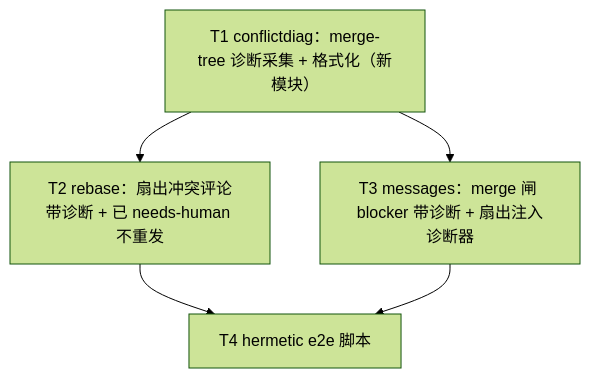
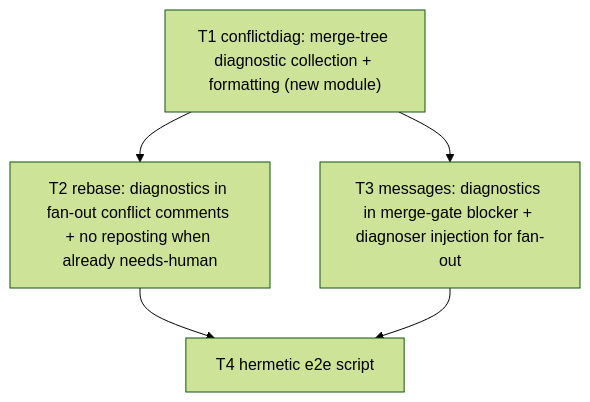
The diagram in docs/specs/0034-conflict-notification-diagnostics.md (Curry09/OpenAgents), drawn with Mermaid (forest theme) before and after one commit. The commit also changed other lines of this file and 461 other files, not shown here.

````diff
--- a/docs/specs/0034-conflict-notification-diagnostics.md
+++ b/docs/specs/0034-conflict-notification-diagnostics.md
@@ -256,11 +255,11 @@
 ```mermaid
 graph TD
-  T1["T1 conflictdiag：merge-tree 诊断采集 + 格式化（新模块）"]
-  T2["T2 rebase：扇出冲突评论带诊断 + 已 needs-human 不重发"]
-  T3["T3 messages：merge 闸 blocker 带诊断 + 扇出注入诊断器"]
-  T4["T4 hermetic e2e 脚本"]
+  T1["T1 conflictdiag: merge-tree diagnostic collection + formatting (new module)"]
+  T2["T2 rebase: diagnostics in fan-out conflict comments + no reposting when already needs-human"]
+  T3["T3 messages: diagnostics in merge-gate blocker + diagnoser injection for fan-out"]
+  T4["T4 hermetic e2e script"]
   T1 --> T2
   T1 --> T3
   T2 --> T4
   T3 --> T4
 ```
````
